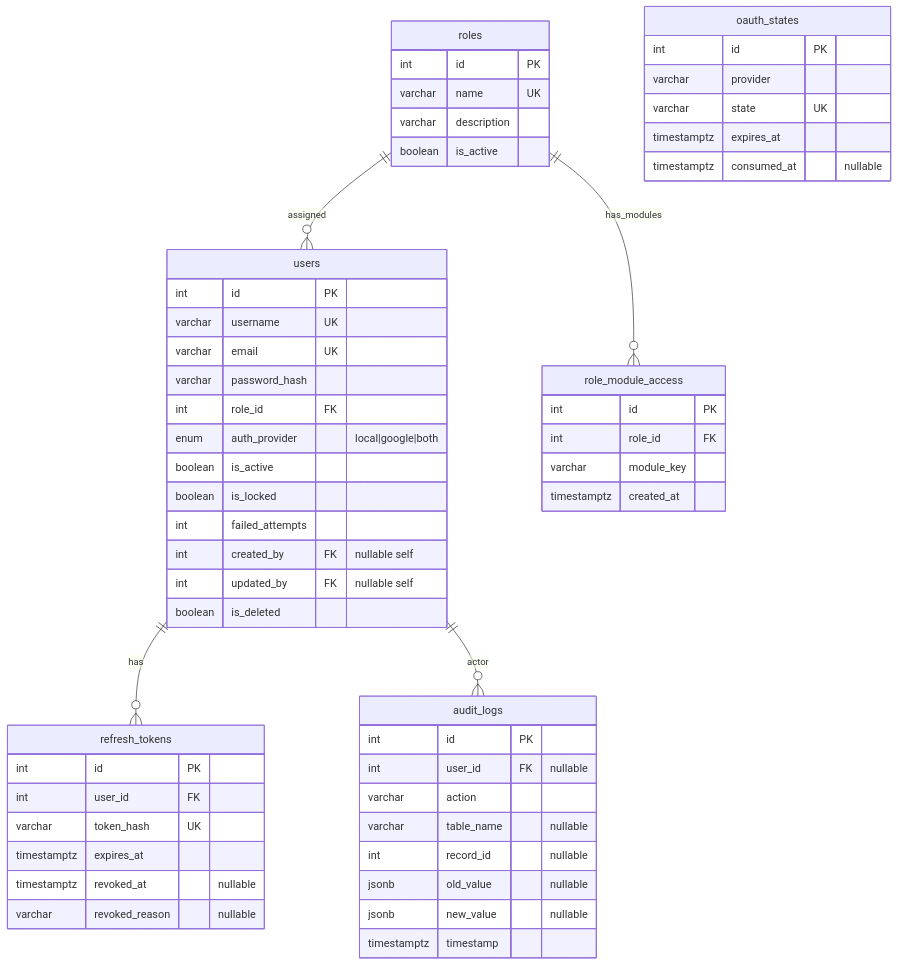
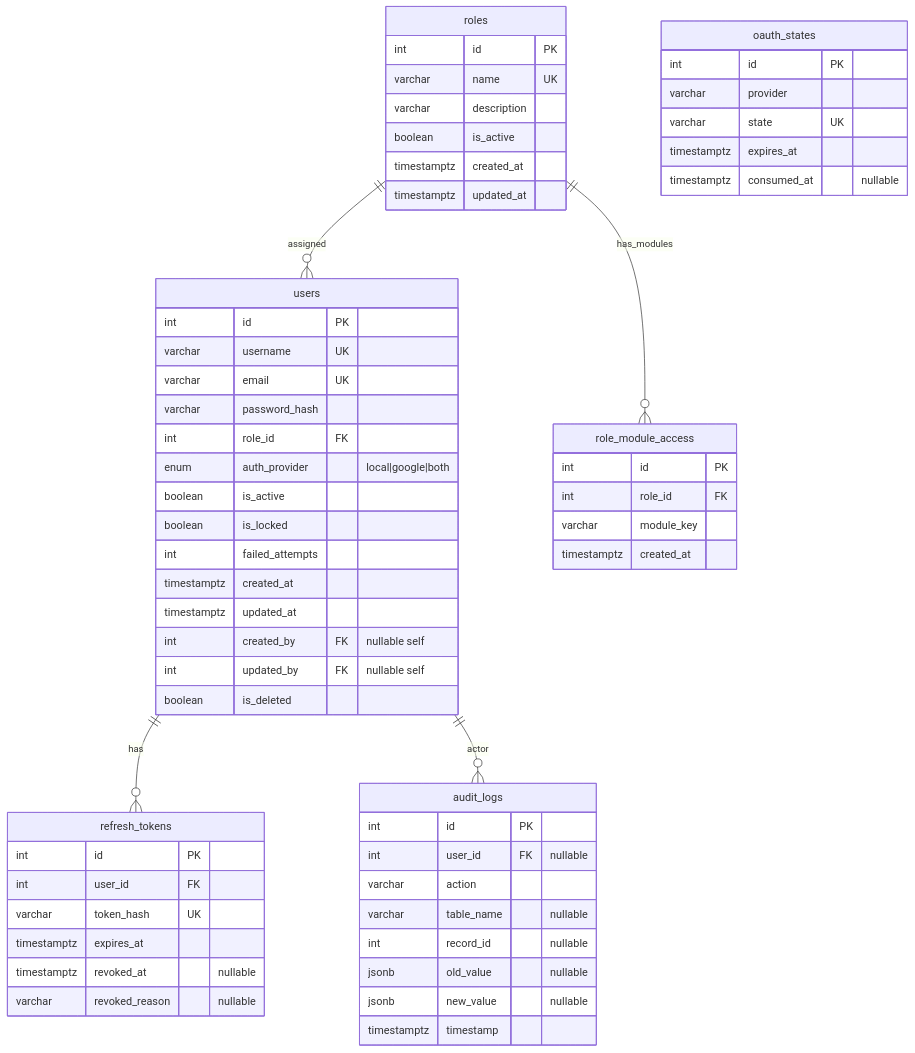
The diagram in docs/er-diagrams/auth-rbac-erd.md (pruthvirajsourcecode925/ERP_Project), drawn with Mermaid before and after one commit. The commit also changed other lines of this file and 23 other files, not shown here.

Commit message:
Add production module, reporting endpoints, ERD docs, and tests

````diff
--- a/docs/er-diagrams/auth-rbac-erd.md
+++ b/docs/er-diagrams/auth-rbac-erd.md
@@ -5,65 +5,69 @@
 ```mermaid
 erDiagram
     roles ||--o{ users : assigned
     roles ||--o{ role_module_access : has_modules
 
     users ||--o{ refresh_tokens : has
     users ||--o{ audit_logs : actor
 
     roles {
         int id PK
         varchar name UK
         varchar description
         boolean is_active
+        timestamptz created_at
+        timestamptz updated_at
     }
 
     role_module_access {
         int id PK
         int role_id FK
         varchar module_key
         timestamptz created_at
     }
 
     users {
         int id PK
         varchar username UK
         varchar email UK
         varchar password_hash
         int role_id FK
         enum auth_provider "local|google|both"
         boolean is_active
         boolean is_locked
         int failed_attempts
+        timestamptz created_at
+        timestamptz updated_at
         int created_by FK "nullable self"
         int updated_by FK "nullable self"
         boolean is_deleted
     }
 
     refresh_tokens {
         int id PK
         int user_id FK
         varchar token_hash UK
         timestamptz expires_at
         timestamptz revoked_at "nullable"
         varchar revoked_reason "nullable"
     }
 
     oauth_states {
         int id PK
         varchar provider
         varchar state UK
         timestamptz expires_at
         timestamptz consumed_at "nullable"
     }
 
     audit_logs {
         int id PK
         int user_id FK "nullable"
         varchar action
         varchar table_name "nullable"
         int record_id "nullable"
         jsonb old_value "nullable"
         jsonb new_value "nullable"
         timestamptz timestamp
     }
 ```
````
